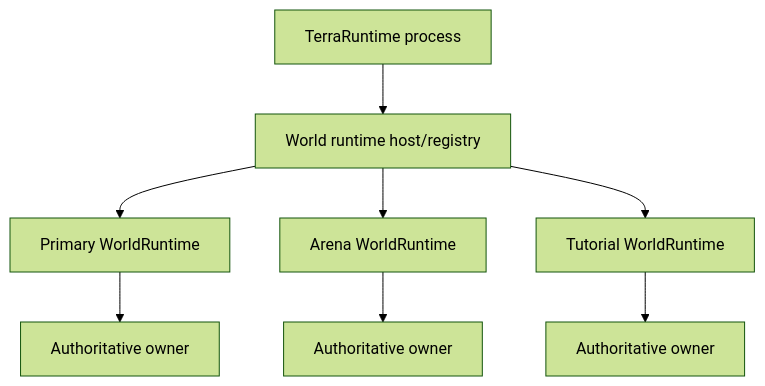
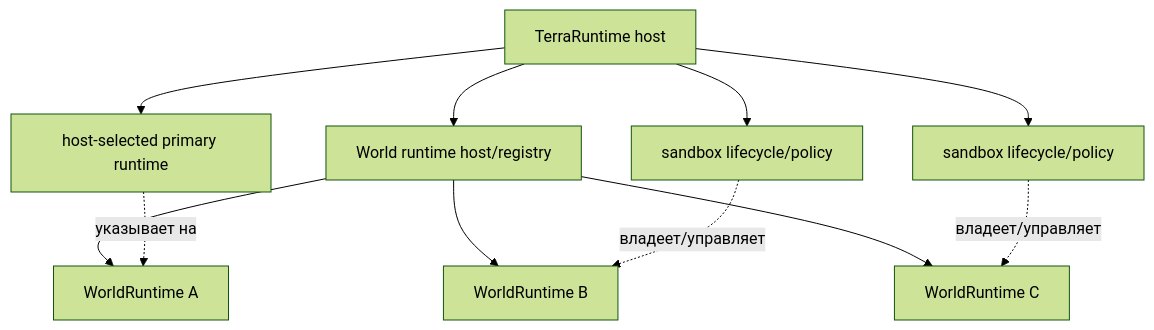
Before and after one commit to VegaKernel/TerraRuntime: the first of 9 diagrams in docs/ru/sandbox/level-1.md, drawn with Mermaid (forest theme). The commit also changed other lines of this file and 3 other files, not shown here.

````diff
--- a/docs/ru/sandbox/level-1.md
+++ b/docs/ru/sandbox/level-1.md
@@ -9,10 +11,13 @@
 ```mermaid
 flowchart TD
-    Host["TerraRuntime process"] --> Registry["World runtime host/registry"]
-    Registry --> Primary["Primary WorldRuntime"]
-    Registry --> Arena["Arena WorldRuntime"]
-    Registry --> Tutorial["Tutorial WorldRuntime"]
-    Primary --> Loop1["Authoritative owner"]
-    Arena --> Loop2["Authoritative owner"]
-    Tutorial --> Loop3["Authoritative owner"]
+    Host["TerraRuntime host"] --> Registry["World runtime host/registry"]
+    Registry --> A["WorldRuntime A"]
+    Registry --> B["WorldRuntime B"]
+    Registry --> C["WorldRuntime C"]
+    Host --> Primary["host-selected primary runtime"]
+    Primary -. "указывает на" .-> A
+    Host --> SandboxB["sandbox lifecycle/policy"]
+    SandboxB -. "владеет/управляет" .-> B
+    Host --> SandboxC["sandbox lifecycle/policy"]
+    SandboxC -. "владеет/управляет" .-> C
 ```
````
